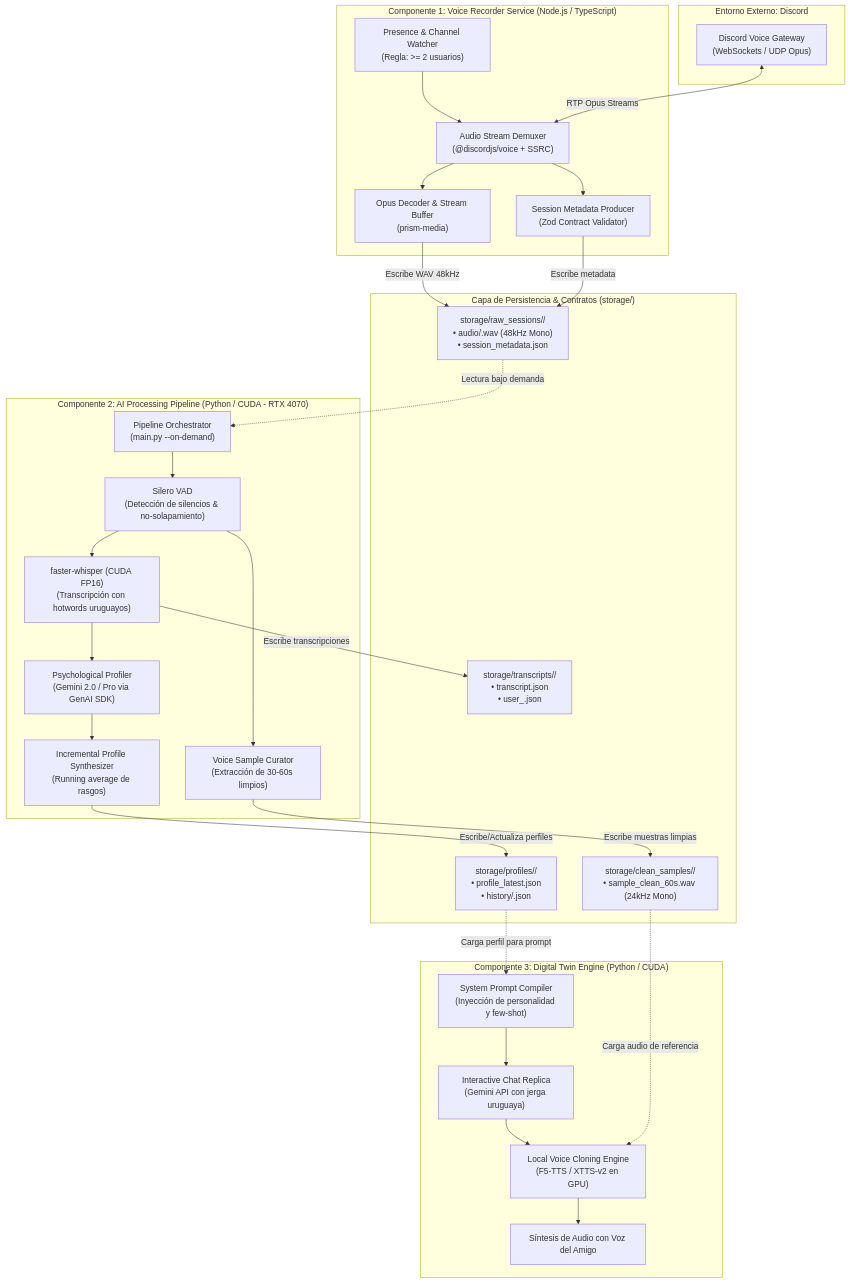
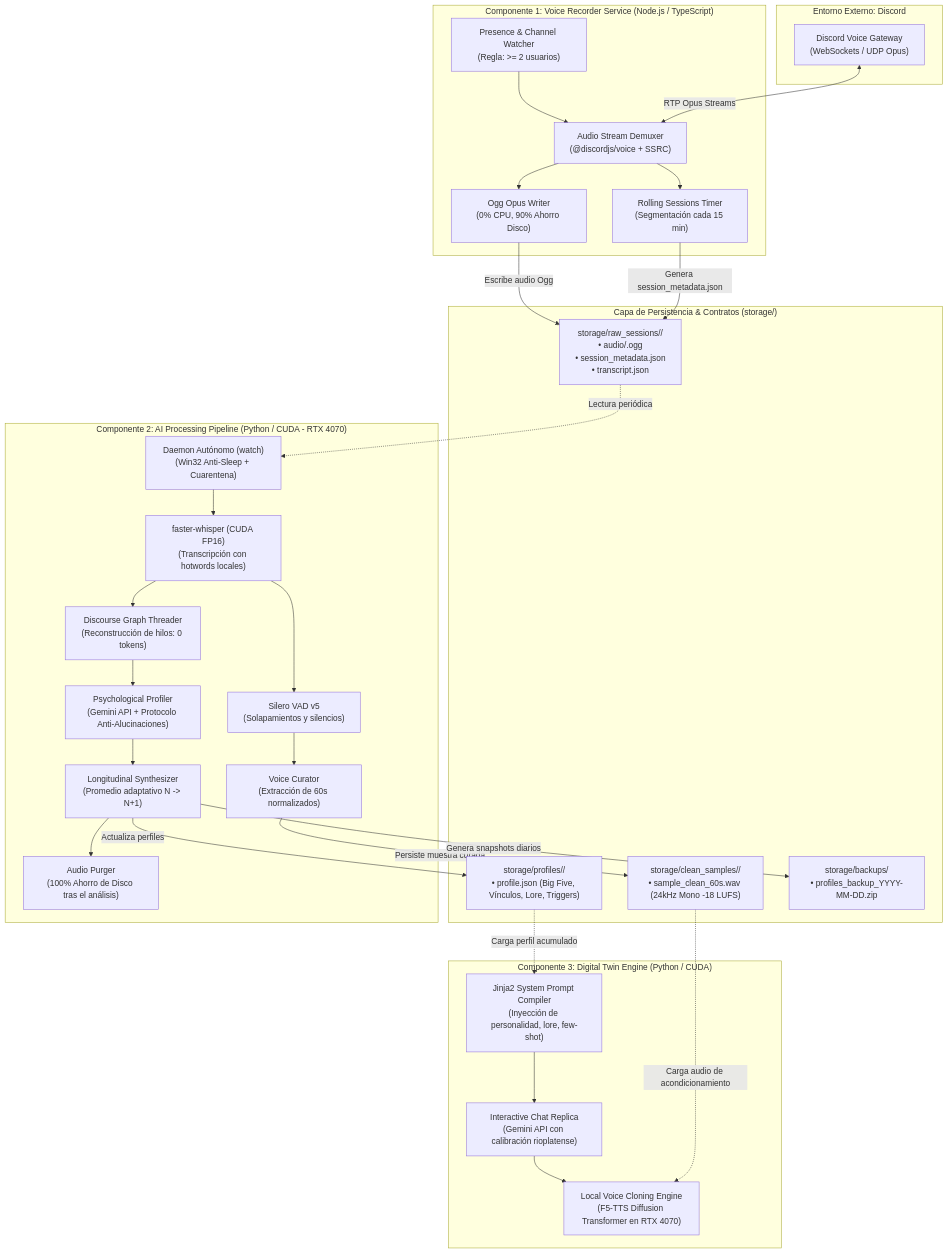
Before and after one commit to Saframa/Analizador-de-personalidad-discord: the diagram in README.md, drawn with Mermaid. The commit also changed other lines of this file and 2 other files, not shown here.

Commit message:
docs(architecture): add comprehensive technical guide and operational README for third parties

````diff
--- a/README.md
+++ b/README.md
@@ -11,63 +17,65 @@
 ```mermaid
 flowchart TD
     subgraph DiscordNetwork ["Entorno Externo: Discord"]
         GW["Discord Voice Gateway\n(WebSockets / UDP Opus)"]
     end
 
     subgraph ServiceRecorder ["Componente 1: Voice Recorder Service (Node.js / TypeScript)"]
         Watcher["Presence & Channel Watcher\n(Regla: >= 2 usuarios)"]
         Demux["Audio Stream Demuxer\n(@discordjs/voice + SSRC)"]
-        PCMBuffer["Opus Decoder & Stream Buffer\n(prism-media)"]
-        MetaWriter["Session Metadata Producer\n(Zod Contract Validator)"]
+        OggWriter["Ogg Opus Writer\n(0% CPU, 90% Ahorro Disco)"]
+        Rolling["Rolling Sessions Timer\n(Segmentación cada 15 min)"]
         
         Watcher --> Demux
-        Demux --> PCMBuffer
-        Demux --> MetaWriter
+        Demux --> OggWriter
+        Demux --> Rolling
     end
 
     subgraph StorageLayer ["Capa de Persistencia & Contratos (storage/)"]
-        RawSessions["storage/raw_sessions/<SESSION_ID>/\n• audio/<USER_ID>.wav (48kHz Mono)\n• session_metadata.json"]
-        CleanSamples["storage/clean_samples/<USER_ID>/\n• sample_clean_60s.wav (24kHz Mono)"]
-        Transcripts["storage/transcripts/<SESSION_ID>/\n• transcript.json\n• user_<USER_ID>.json"]
-        Profiles["storage/profiles/<USER_ID>/\n• profile_latest.json\n• history/<SESSION_ID>.json"]
+        RawSessions["storage/raw_sessions/<SESSION_ID>/\n• audio/<USER_ID>.ogg\n• session_metadata.json\n• transcript.json"]
+        CleanSamples["storage/clean_samples/<USER_ID>/\n• sample_clean_60s.wav (24kHz Mono -18 LUFS)"]
+        Profiles["storage/profiles/<USER_ID>/\n• profile.json (Big Five, Vínculos, Lore, Triggers)"]
+        Backups["storage/backups/\n• profiles_backup_YYYY-MM-DD.zip"]
     end
 
     subgraph ServiceAI ["Componente 2: AI Processing Pipeline (Python / CUDA - RTX 4070)"]
-        Orchestrator["Pipeline Orchestrator\n(main.py --on-demand)"]
-        VAD["Silero VAD\n(Detección de silencios & no-solapamiento)"]
-        STT["faster-whisper (CUDA FP16)\n(Transcripción con hotwords uruguayos)"]
-        SampleCurator["Voice Sample Curator\n(Extracción de 30-60s limpios)"]
-        Profiler["Psychological Profiler\n(Gemini 2.0 / Pro via GenAI SDK)"]
-        ProfileUpdater["Incremental Profile Synthesizer\n(Running average de rasgos)"]
+        WatchDaemon["Daemon Autónomo (watch)\n(Win32 Anti-Sleep + Cuarentena)"]
+        STT["faster-whisper (CUDA FP16)\n(Transcripción con hotwords locales)"]
+        VAD["Silero VAD v5\n(Solapamientos y silencios)"]
+        Curator["Voice Curator\n(Extracción de 60s normalizados)"]
+        Threader["Discourse Graph Threader\n(Reconstrucción de hilos: 0 tokens)"]
+        Profiler["Psychological Profiler\n(Gemini API + Protocolo Anti-Alucinaciones)"]
+        Synthesizer["Longitudinal Synthesizer\n(Promedio adaptativo N -> N+1)"]
+        Purger["Audio Purger\n(100% Ahorro de Disco tras el análisis)"]
 
-        Orchestrator --> VAD
-        VAD --> STT
-        VAD --> SampleCurator
-        STT --> Profiler
-        Profiler --> ProfileUpdater
+        WatchDaemon --> STT
+        STT --> VAD
+        VAD --> Curator
+        STT --> Threader
+        Threader --> Profiler
+        Profiler --> Synthesizer
+        Synthesizer --> Purger
     end
 
     subgraph ServiceTwin ["Componente 3: Digital Twin Engine (Python / CUDA)"]
-        PromptCompiler["System Prompt Compiler\n(Inyección de personalidad y few-shot)"]
-        ChatReplica["Interactive Chat Replica\n(Gemini API con jerga uruguaya)"]
-        TTSClone["Local Voice Cloning Engine\n(F5-TTS / XTTS-v2 en GPU)"]
-        AudioSynth["Síntesis de Audio con Voz del Amigo"]
+        PromptCompiler["Jinja2 System Prompt Compiler\n(Inyección de personalidad, lore, few-shot)"]
+        ChatReplica["Interactive Chat Replica\n(Gemini API con calibración rioplatense)"]
+        TTSClone["Local Voice Cloning Engine\n(F5-TTS Diffusion Transformer en RTX 4070)"]
 
         PromptCompiler --> ChatReplica
         ChatReplica --> TTSClone
-        TTSClone --> AudioSynth
     end
 
-    %% Relaciones entre componentes
+    %% Relaciones de flujo
     GW <-->|"RTP Opus Streams"| Demux
-    PCMBuffer -->|"Escribe WAV 48kHz"| RawSessions
-    MetaWriter -->|"Escribe metadata"| RawSessions
+    OggWriter -->|"Escribe audio Ogg"| RawSessions
+    Rolling -->|"Genera session_metadata.json"| RawSessions
 
-    RawSessions -.->|"Lectura bajo demanda"| Orchestrator
-    SampleCurator -->|"Escribe muestras limpias"| CleanSamples
-    STT -->|"Escribe transcripciones"| Transcripts
-    ProfileUpdater -->|"Escribe/Actualiza perfiles"| Profiles
+    RawSessions -.->|"Lectura periódica"| WatchDaemon
+    Curator -->|"Persiste muestra curada"| CleanSamples
+    Synthesizer -->|"Actualiza perfiles"| Profiles
+    Synthesizer -->|"Genera snapshots diarios"| Backups
 
-    Profiles -.->|"Carga perfil para prompt"| PromptCompiler
-    CleanSamples -.->|"Carga audio de referencia"| TTSClone
+    Profiles -.->|"Carga perfil acumulado"| PromptCompiler
+    CleanSamples -.->|"Carga audio de acondicionamiento"| TTSClone
 ```
````
